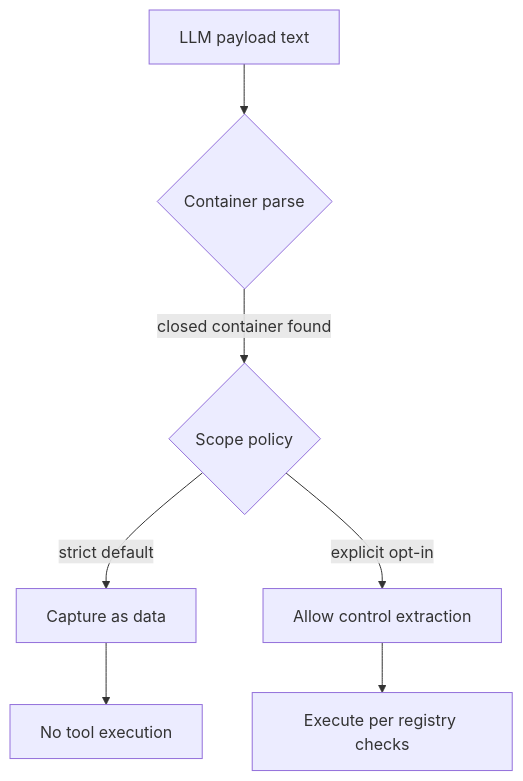
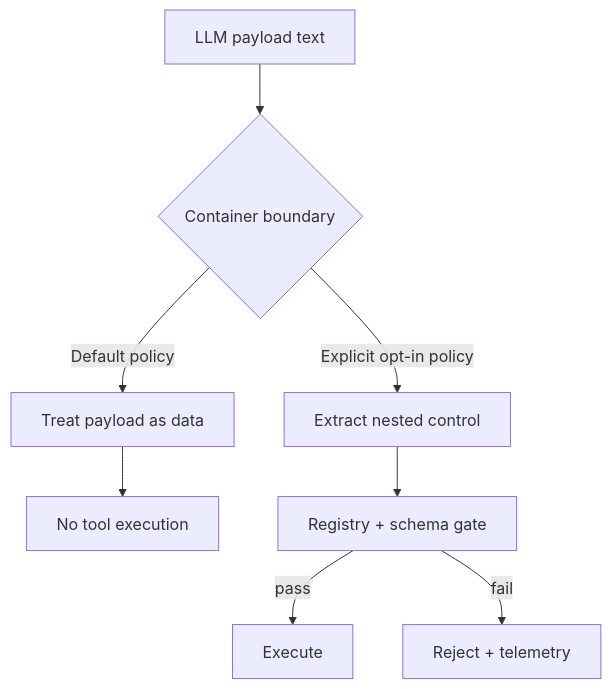
Before and after one commit to LynnColeArt/captainhook: the third of 5 diagrams in README.md, drawn with Mermaid. The commit also changed other lines of this file, not shown here.

Commit message:
docs: rewrite README as whitepaper-style guide for namespace-first agent control

````diff
--- a/README.md
+++ b/README.md
@@ -84,9 +140,10 @@
 ```mermaid
 flowchart TD
-  A[LLM payload text] --> B{Container parse}
-  B -->|closed container found| C{Scope policy}
-  C -->|strict default| D["Capture as data"]
-  C -->|explicit opt-in| E[Allow control extraction]
-  D --> F[No tool execution]
-  E --> G[Execute per registry checks]
+  A["LLM payload text"] --> B{Container boundary}
+  B -->|Default policy| C["Treat payload as data"]
+  B -->|Explicit opt-in policy| D["Extract nested control"]
+  C --> E["No tool execution"]
+  D --> F["Registry + schema gate"]
+  F -->|pass| G["Execute"]
+  F -->|fail| H["Reject + telemetry"]
 ```
````
